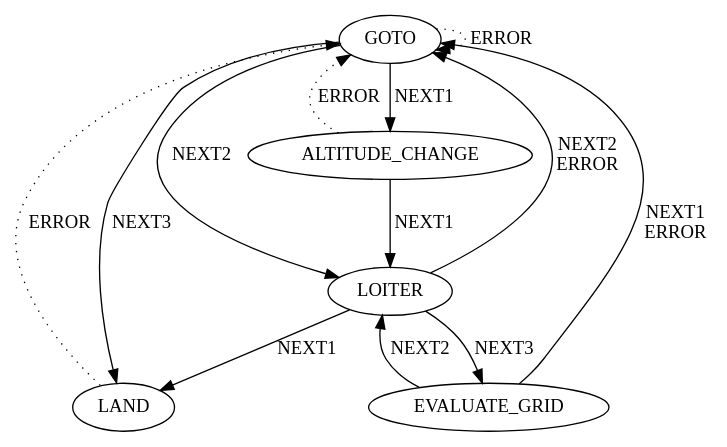
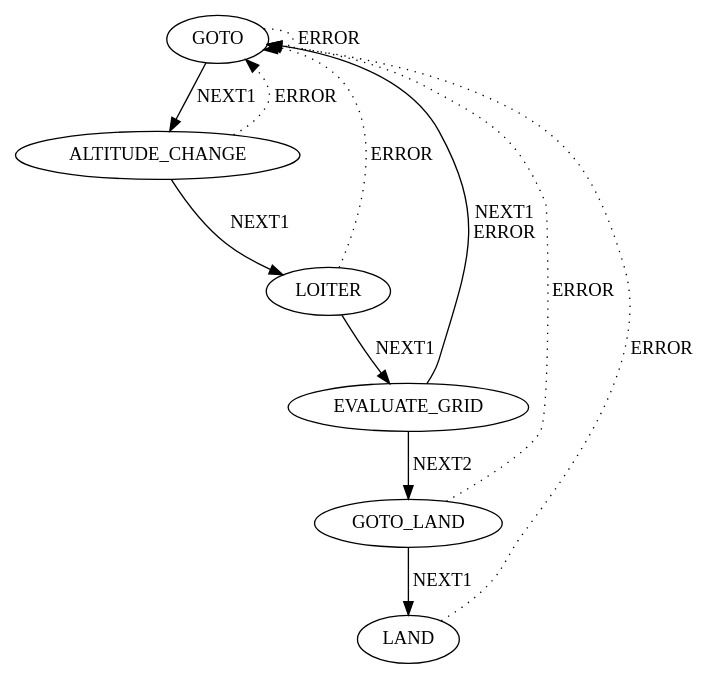
The diagram in safe_landing_planner/src/nodes/waypoint_generator.cpp.dot (PX4/PX4-Avoidance), drawn with Graphviz before and after one commit. The commit also changed 2 other files, not shown here.

```diff
--- a/safe_landing_planner/src/nodes/waypoint_generator.cpp.dot
+++ b/safe_landing_planner/src/nodes/waypoint_generator.cpp.dot
@@ -1,14 +1,13 @@
 digraph {
     "GOTO" -> "ALTITUDE_CHANGE" [label="NEXT1", style="solid", weight=1]
-    "GOTO" -> "LOITER" [label="NEXT2", style="solid", weight=1]
-    "GOTO" -> "LAND" [label="NEXT3", style="solid", weight=1]
     "GOTO" -> "GOTO" [label="ERROR", style="dotted", weight=0.1]
     "ALTITUDE_CHANGE" -> "LOITER" [label="NEXT1", style="solid", weight=1]
     "ALTITUDE_CHANGE" -> "GOTO" [label="ERROR", style="dotted", weight=0.1]
-    "LOITER" -> "LAND" [label="NEXT1", style="solid", weight=1]
-    "LOITER" -> "GOTO" [label="NEXT2\nERROR", style="solid", weight=1]
-    "LOITER" -> "EVALUATE_GRID" [label="NEXT3", style="solid", weight=1]
+    "LOITER" -> "EVALUATE_GRID" [label="NEXT1", style="solid", weight=1]
+    "LOITER" -> "GOTO" [label="ERROR", style="dotted", weight=0.1]
     "EVALUATE_GRID" -> "GOTO" [label="NEXT1\nERROR", style="solid", weight=1]
-    "EVALUATE_GRID" -> "LOITER" [label="NEXT2", style="solid", weight=1]
+    "EVALUATE_GRID" -> "GOTO_LAND" [label="NEXT2", style="solid", weight=1]
+    "GOTO_LAND" -> "LAND" [label="NEXT1", style="solid", weight=1]
+    "GOTO_LAND" -> "GOTO" [label="ERROR", style="dotted", weight=0.1]
     "LAND" -> "GOTO" [label="ERROR", style="dotted", weight=0.1]
 }
```
